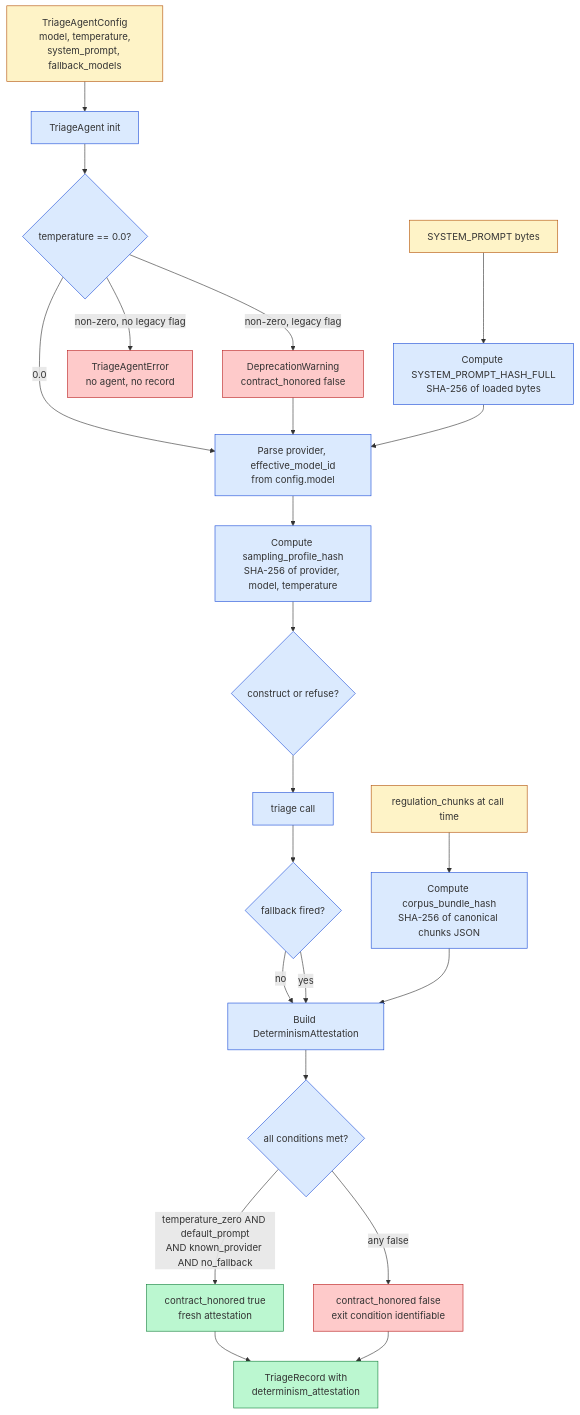
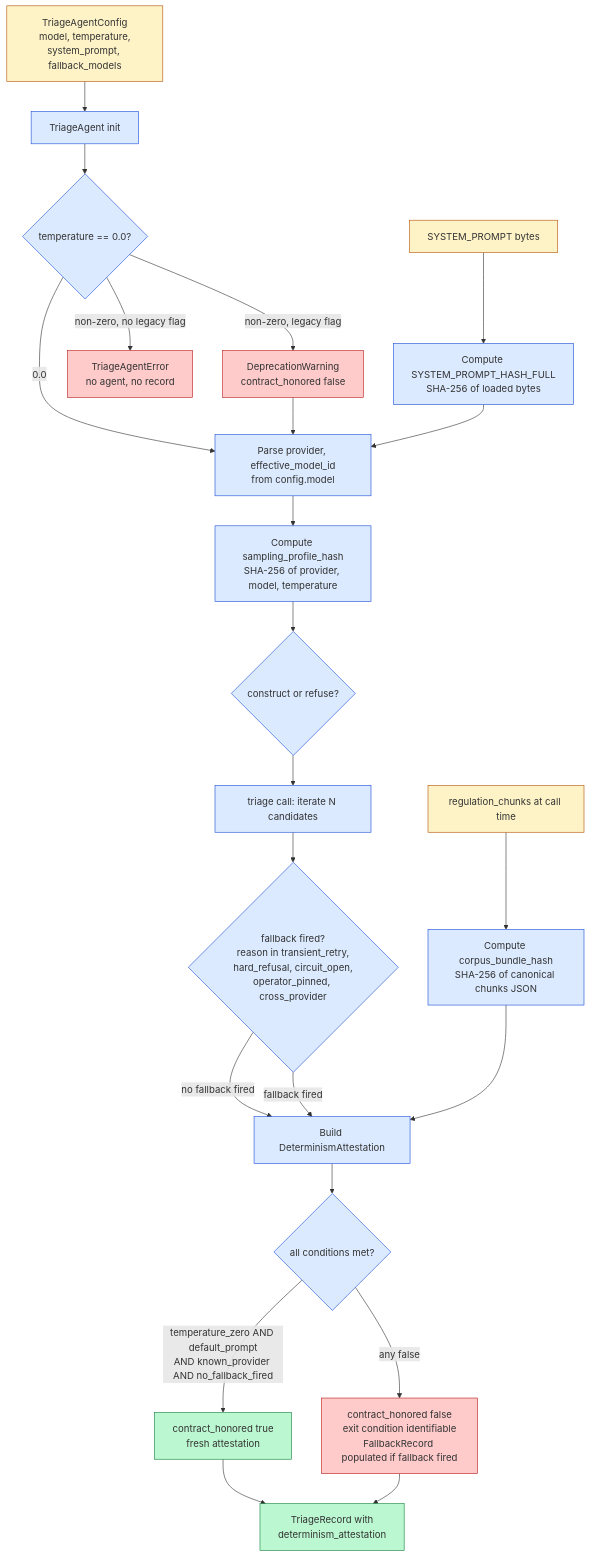
One commit to sitkastack/vendor-risk-triage changed the third of 7 diagrams in docs/system-architecture.md. Above: the diagram before and after it, drawn with Mermaid. The commit also changed other lines of this file and 2 other files, not shown here.

First line of the commit message:
docs(diagrams): fix all 16 findings from 6-persona review

````diff
--- a/docs/system-architecture.md
+++ b/docs/system-architecture.md
@@ -133,57 +160,57 @@
 ```mermaid
 flowchart TB
     classDef input fill:#fef3c7,stroke:#b45309
     classDef gate fill:#dbeafe,stroke:#1d4ed8
     classDef pass fill:#bbf7d0,stroke:#15803d
     classDef fail fill:#fecaca,stroke:#b91c1c
 
     Config[TriageAgentConfig<br/>model, temperature,<br/>system_prompt, fallback_models]:::input
     PromptText[SYSTEM_PROMPT bytes]:::input
     Chunks[regulation_chunks at call time]:::input
 
     Init[TriageAgent init]:::gate
     TempGate{temperature == 0.0?}:::gate
     PromptHash[Compute SYSTEM_PROMPT_HASH_FULL<br/>SHA-256 of loaded bytes]:::gate
     ProviderParse[Parse provider, effective_model_id<br/>from config.model]:::gate
     ProfileHash[Compute sampling_profile_hash<br/>SHA-256 of provider, model, temperature]:::gate
     CorpusHash[Compute corpus_bundle_hash<br/>SHA-256 of canonical chunks JSON]:::gate
 
     Construct{construct or refuse?}:::gate
 
     Refuse[TriageAgentError<br/>no agent, no record]:::fail
     LegacyWarn[DeprecationWarning<br/>contract_honored false]:::fail
 
-    Call[triage call]:::gate
-    FallbackCheck{fallback fired?}:::gate
+    Call[triage call: iterate N candidates]:::gate
+    FallbackCheck{fallback fired?<br/>reason in transient_retry,<br/>hard_refusal, circuit_open,<br/>operator_pinned, cross_provider}:::gate
 
     AttBuild[Build DeterminismAttestation]:::gate
     HonorCheck{all conditions met?}:::gate
     Honored[contract_honored true<br/>fresh attestation]:::pass
-    Exited[contract_honored false<br/>exit condition identifiable]:::fail
+    Exited[contract_honored false<br/>exit condition identifiable<br/>FallbackRecord populated if fallback fired]:::fail
 
     Record[TriageRecord with<br/>determinism_attestation]:::pass
 
     Config --> Init
     PromptText --> PromptHash
     Init --> TempGate
     TempGate -->|0.0| ProviderParse
     TempGate -->|non-zero, no legacy flag| Refuse
     TempGate -->|non-zero, legacy flag| LegacyWarn
     LegacyWarn --> ProviderParse
     PromptHash --> ProviderParse
     ProviderParse --> ProfileHash
     ProfileHash --> Construct
     Construct --> Call
 
     Chunks --> CorpusHash
     Call --> FallbackCheck
-    FallbackCheck -->|no| AttBuild
-    FallbackCheck -->|yes| AttBuild
+    FallbackCheck -->|no fallback fired| AttBuild
+    FallbackCheck -->|fallback fired| AttBuild
     CorpusHash --> AttBuild
 
     AttBuild --> HonorCheck
-    HonorCheck -->|"temperature_zero AND default_prompt<br/>AND known_provider AND no_fallback"| Honored
+    HonorCheck -->|"temperature_zero AND default_prompt<br/>AND known_provider AND no_fallback_fired"| Honored
     HonorCheck -->|"any false"| Exited
     Honored --> Record
     Exited --> Record
 ```
````
